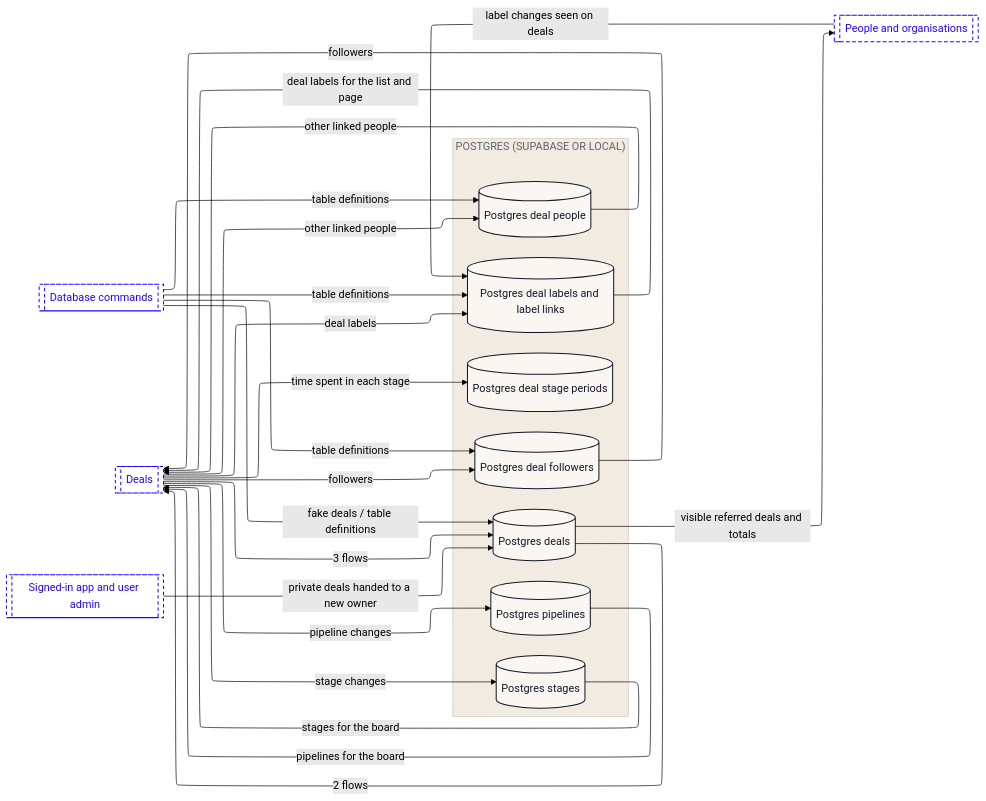
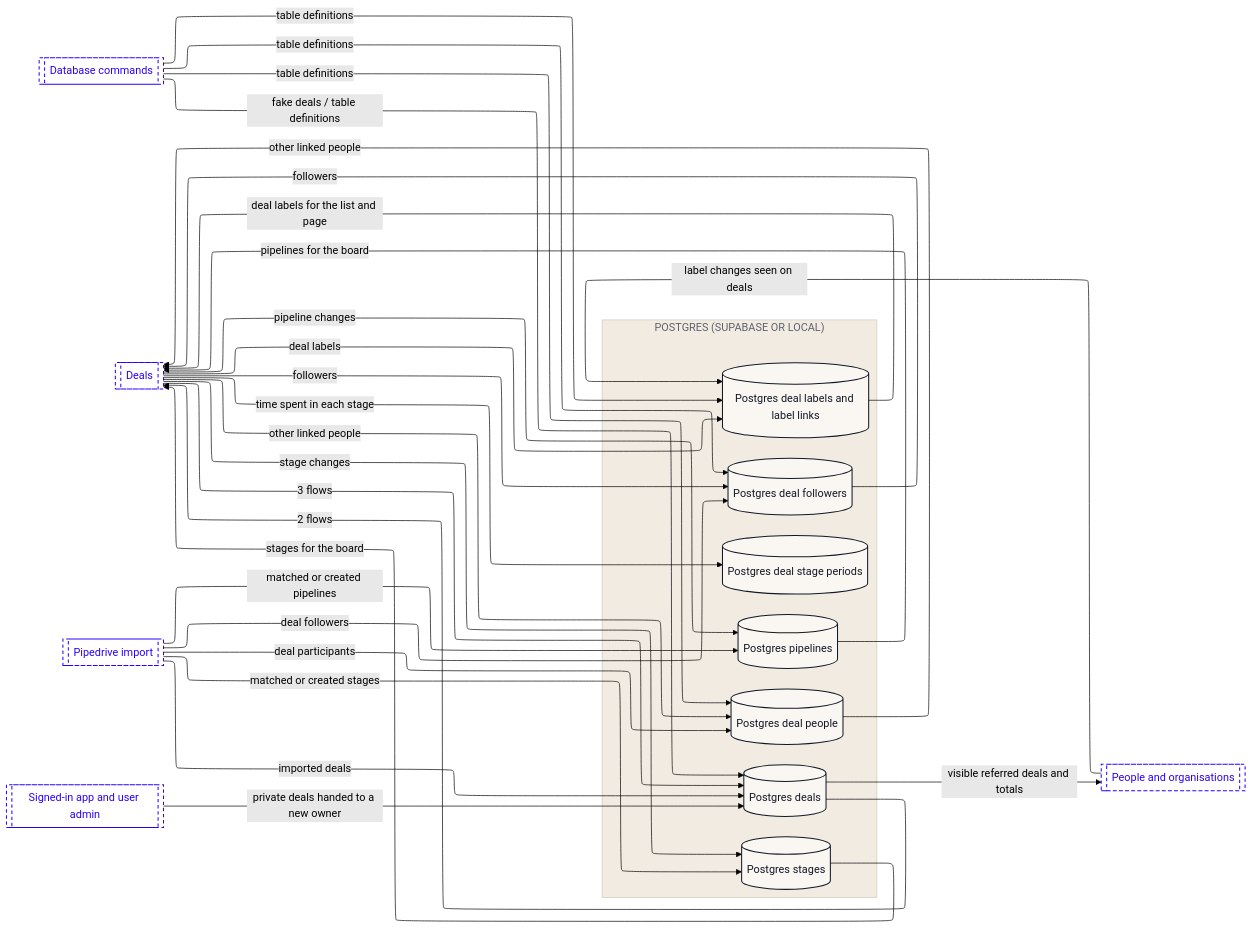
The seventh of 16 diagrams in dataflow/DATAFLOW.md (Romain-Perche/Barnacle-Pipe), drawn with Mermaid (forest theme) before and after one commit. The commit also changed other lines of this file and 6 other files, not shown here.

````diff
--- a/dataflow/DATAFLOW.md
+++ b/dataflow/DATAFLOW.md
@@ -457,49 +461,55 @@
 ```mermaid
 ---
 config:
   layout: elk
 ---
 flowchart LR
     subgraph z1["POSTGRES (SUPABASE OR LOCAL)"]
         n1[("Postgres deal followers")]
         n2[("Postgres deal labels and label links")]
         n3[("Postgres deal people")]
         n4[("Postgres deal stage periods")]
         n5[("Postgres deals")]
         n6[("Postgres pipelines")]
         n7[("Postgres stages")]
     end
     n8[["Database commands"]]
     n9[["Deals"]]
-    n10[["People and organisations"]]
-    n11[["Signed-in app and user admin"]]
-    n10 -->|"label changes seen on deals"| n2
+    n10[["Pipedrive import"]]
+    n11[["People and organisations"]]
+    n12[["Signed-in app and user admin"]]
+    n11 -->|"label changes seen on deals"| n2
     n1 -->|"followers"| n9
     n2 -->|"deal labels for the list and page"| n9
     n3 -->|"other linked people"| n9
     n9 -->|"followers"| n1
     n9 -->|"deal labels"| n2
     n9 -->|"other linked people"| n3
     n9 -->|"time spent in each stage"| n4
     n9 -->|"3 flows"| n5
-    n5 -->|"visible referred deals and totals"| n10
+    n5 -->|"visible referred deals and totals"| n11
     n5 -->|"2 flows"| n9
     n8 -->|"table definitions"| n1
     n8 -->|"table definitions"| n2
     n8 -->|"table definitions"| n3
     n8 -->|"fake deals / table definitions"| n5
+    n10 -->|"deal followers"| n1
+    n10 -->|"deal participants"| n3
+    n10 -->|"imported deals"| n5
+    n10 -->|"matched or created pipelines"| n6
+    n10 -->|"matched or created stages"| n7
     n9 -->|"pipeline changes"| n6
     n9 -->|"stage changes"| n7
     n6 -->|"pipelines for the board"| n9
     n7 -->|"stages for the board"| n9
-    n11 -->|"private deals handed to a new owner"| n5
+    n12 -->|"private deals handed to a new owner"| n5
     classDef actor fill:#FFFFFF,stroke:#111827,stroke-width:1px,color:#111827
     classDef process fill:#EDEAFF,stroke:#2B00FF,stroke-width:1.5px,color:#111827
     classDef store fill:#FAF6F1,stroke:#111827,stroke-width:1.5px,color:#111827
     classDef zone fill:#1A1A1A,stroke:#1A1A1A,color:#FFFFFF
     classDef group fill:#2B00FF,stroke:#2B00FF,color:#FFFFFF
     classDef stub fill:#FFFFFF,stroke:#2B00FF,stroke-width:1.5px,stroke-dasharray:5 4,color:#2B00FF
     class n1,n2,n3,n4,n5,n6,n7 store
-    class n8,n9,n10,n11 stub
+    class n8,n9,n10,n11,n12 stub
     style z1 fill:#F1EBE2,stroke:#CFC7BB,color:#5D6270
 ```
````
